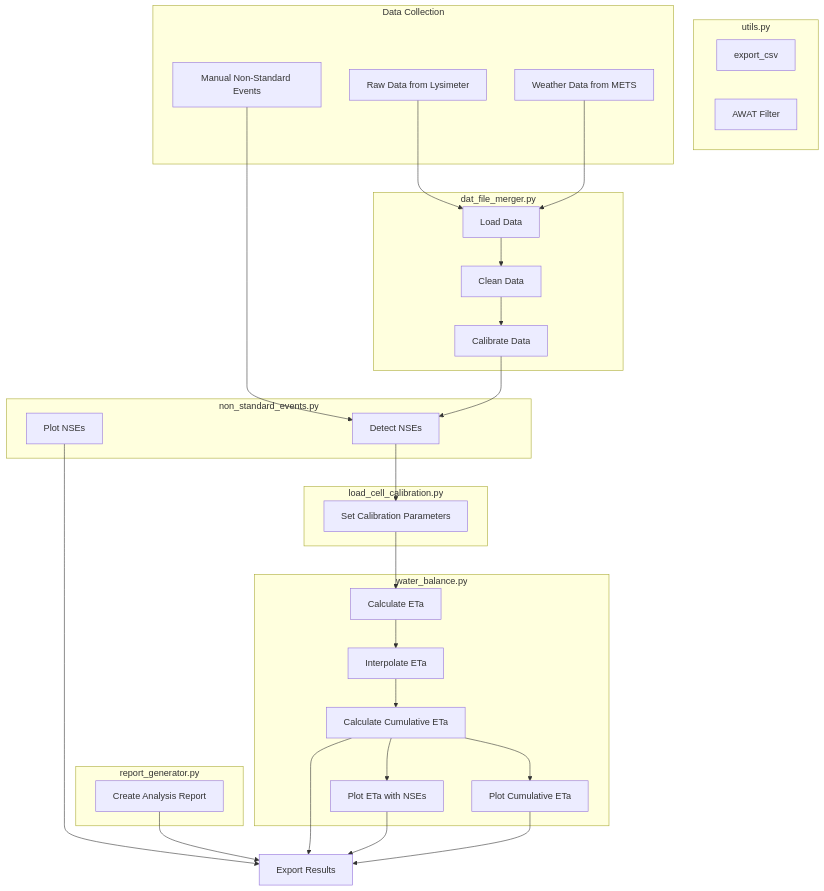
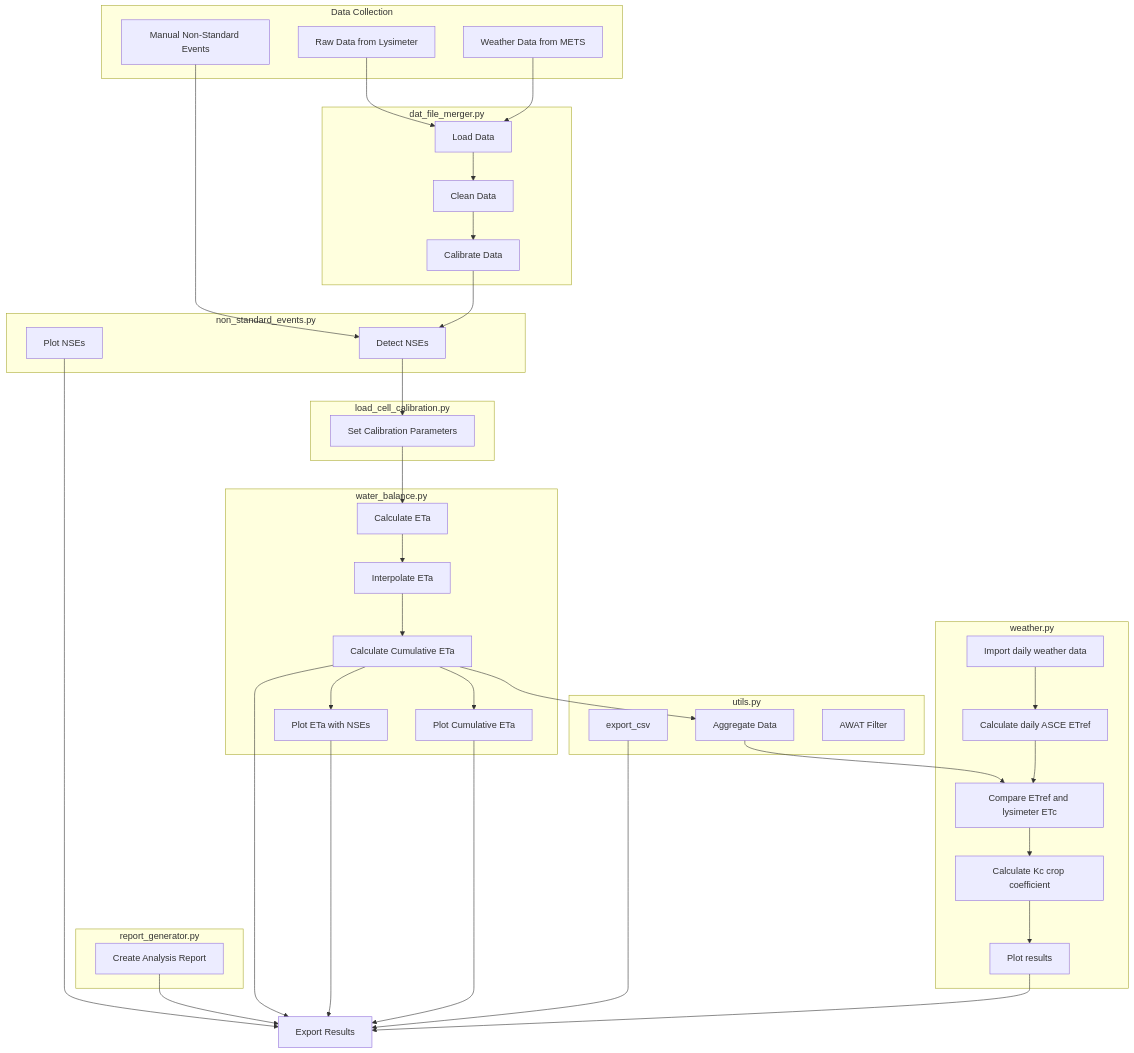
The diagram in README.md (ansleybrown1337/lysimeter-analysis), drawn with Mermaid before and after one commit. The commit also changed other lines of this file and 1 other file, not shown here.

Commit message:
changed repo name

````diff
--- a/README.md
+++ b/README.md
@@ -18,63 +18,78 @@
 ```mermaid
 graph TD
     %% Define subgraph for data collection
     subgraph 1[Data Collection]
     lysimeter[Raw Data from Lysimeter]
     weather[Weather Data from METS]
     nse[Manual Non-Standard Events]
     end
 
     %% Define subgraph for utils.py
-    subgraph 2[utils.py]
-    2A[export_csv]
-    2B[AWAT Filter]
+    subgraph U[utils.py]
+    U3[Aggregate Data]
+    U1[export_csv]
+    U2[AWAT Filter]
     end
 
     %% Define subgraph for dat_file_merger.py
     subgraph A[dat_file_merger.py]
     A1[Load Data]
     A2[Clean Data]
     A3[Calibrate Data]
     end
 
     %% Define subgraph for non_standard_events.py
     subgraph B[non_standard_events.py]
     B1[Detect NSEs]
     B2[Plot NSEs]
     end
 
     %% Define subgraph for load_cell_calibration.py
     subgraph C[load_cell_calibration.py]
     C1[Set Calibration Parameters]
     end
 
     %% Define subgraph for water_balance.py
     subgraph D[water_balance.py]
     D1[Calculate ETa]
     D2[Interpolate ETa]
     D3[Calculate Cumulative ETa]
     D4[Plot ETa with NSEs]
     D5[Plot Cumulative ETa]
     end
 
+    %% Define subgraph for weather.py
+    subgraph W[weather.py]
+    W1[Import daily weather data]
+    W2[Calculate daily ASCE ETref]
+    W3[Compare ETref and lysimeter ETc]
+    W4[Calculate Kc crop coefficient]
+    W5[Plot results]
+    end
+
     %% Define subgraph for report_generator.py
     subgraph E[report_generator.py]
     E1[Create Analysis Report]
     end
 
     %% Define the flow between the functions
     lysimeter --> A1
     weather --> A1
     nse --> B1
     A1 --> A2 --> A3 --> B1 --> C1 --> D1 --> D2 --> D3
     D3 --> D4 
     D3 --> D5
+    D3 --> U3
+    U3 --> W3
+    W1 --> W2 --> W3 --> W4 --> W5
 
     %% Final export of results
     B2 --> F[Export Results]
-    E1 --> F[Export Results]
-    D3 --> F[Export Results]
-    D4 --> F[Export Results]
-    D5 --> F[Export Results]
+    E1 --> F
+    D3 --> F
+    D4 --> F
+    D5 --> F
+    U1 --> F
+    W5 --> F
 
 ```
````
